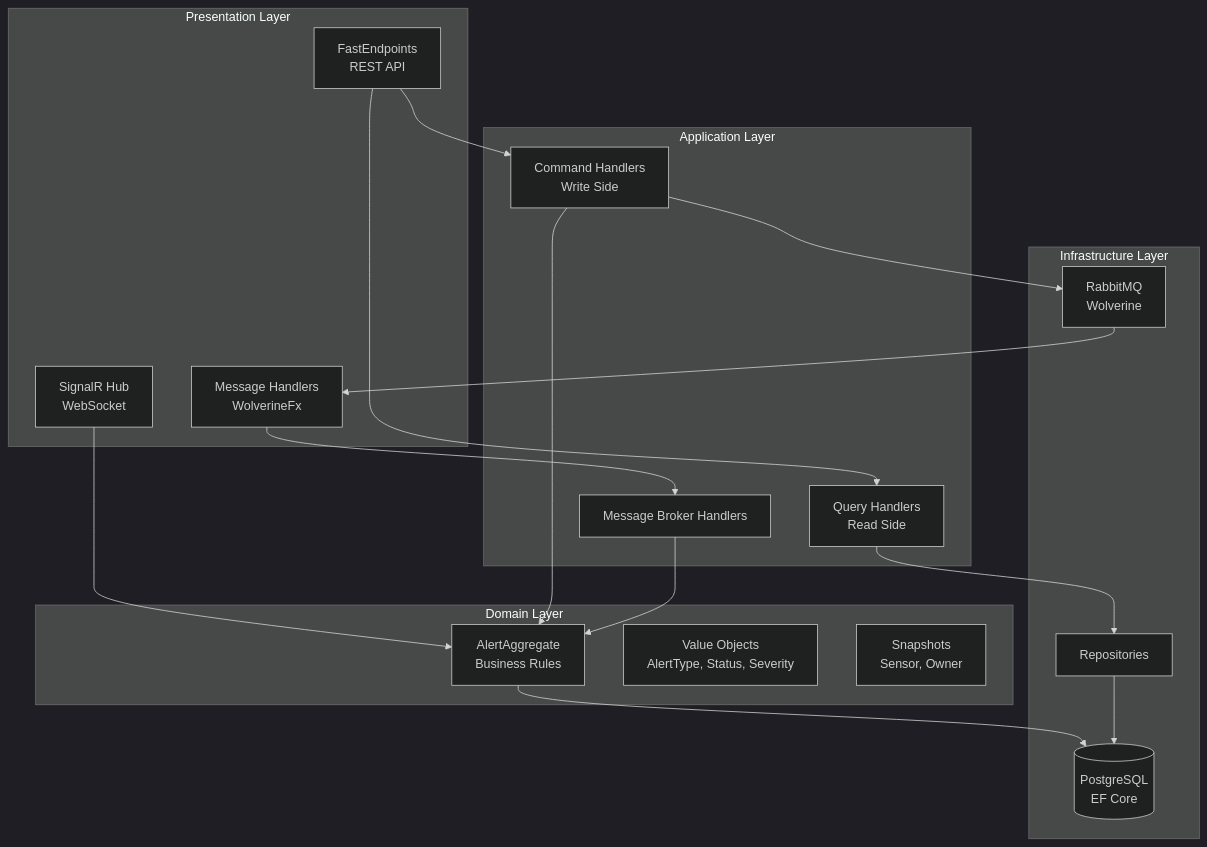
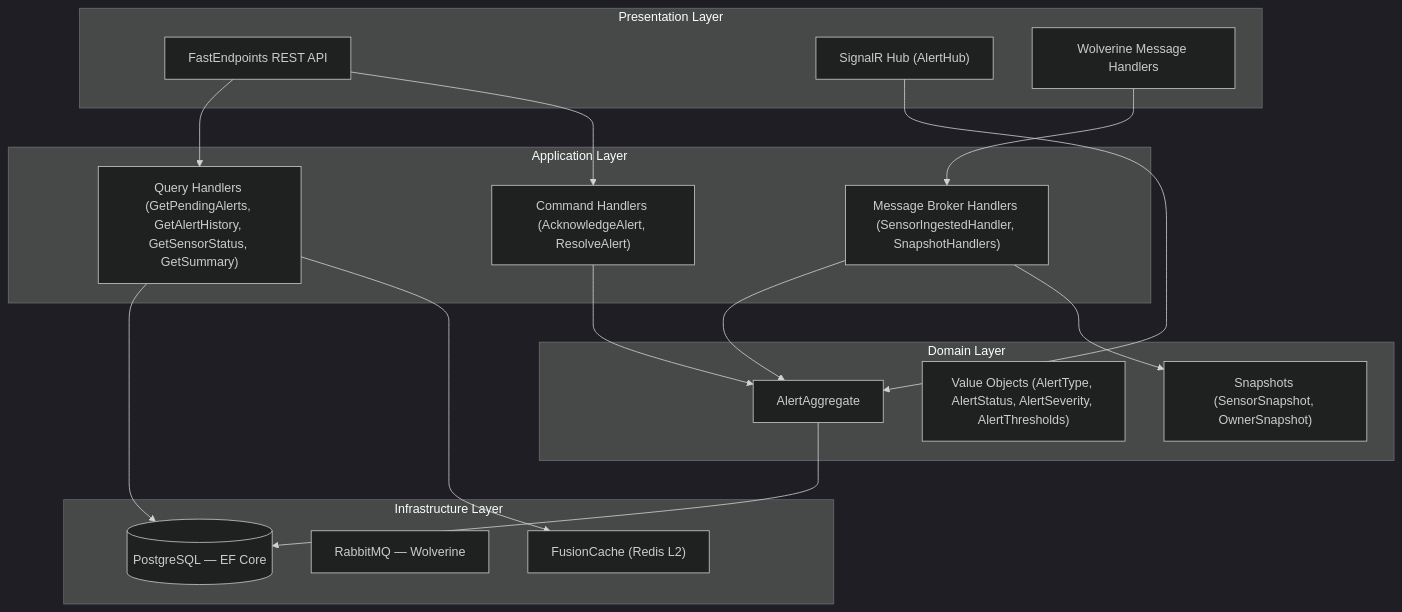
One commit to rdpresser/tc-agro-analytics-worker changed the second of 2 diagrams in README.md. Above: the diagram before and after it, drawn with Mermaid (dark theme). The commit also changed other lines of this file, not shown here.

````diff
--- a/README.md
+++ b/README.md
@@ -71,38 +69,31 @@
 ```mermaid
 graph TB
     subgraph "Presentation Layer"
-        A[FastEndpoints<br/>REST API]
-        B[SignalR Hub<br/>WebSocket]
-        C[Message Handlers<br/>WolverineFx]
+        A["FastEndpoints REST API"]
+        B["SignalR Hub (AlertHub)"]
+        C["Wolverine Message Handlers"]
     end
-    
     subgraph "Application Layer"
-        D[Query Handlers<br/>Read Side]
-        E[Command Handlers<br/>Write Side]
-        F[Message Broker Handlers]
+        D["Query Handlers (GetPendingAlerts, GetAlertHistory, GetSensorStatus, GetSummary)"]
+        E["Command Handlers (AcknowledgeAlert, ResolveAlert)"]
+        F["Message Broker Handlers (SensorIngestedHandler, SnapshotHandlers)"]
     end
-    
     subgraph "Domain Layer"
-        G[AlertAggregate<br/>Business Rules]
-        H[Value Objects<br/>AlertType, Status, Severity]
-        I[Snapshots<br/>Sensor, Owner]
+        G["AlertAggregate"]
+        H["Value Objects (AlertType, AlertStatus, AlertSeverity, AlertThresholds)"]
+        I["Snapshots (SensorSnapshot, OwnerSnapshot)"]
     end
-    
     subgraph "Infrastructure Layer"
-        J[(PostgreSQL<br/>EF Core)]
-        K[RabbitMQ<br/>Wolverine]
-        L[Repositories]
+        J[("PostgreSQL — EF Core")]
+        K["RabbitMQ — Wolverine"]
+        L["FusionCache (Redis L2)"]
     end
-    
-    A --> D
-    A --> E
+
+    A --> D & E
     B --> G
     C --> F
-    D --> L
+    D --> J & L
     E --> G
-    F --> G
+    F --> G & I
     G --> J
-    L --> J
-    K --> C
-    E --> K
 ```
````
